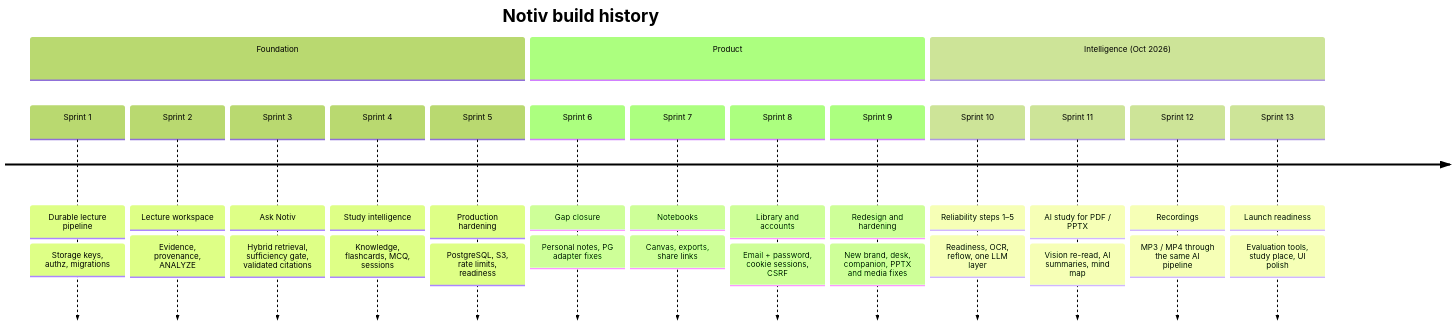
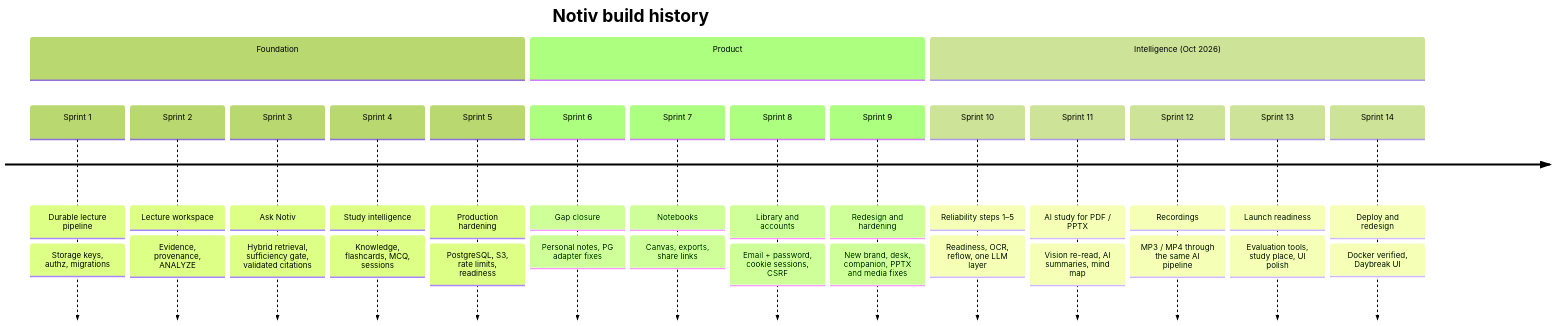
The diagram in docs/SPRINTS.md (shreyajoshi144/notiv), drawn with Mermaid (forest theme) before and after one commit. The commit also changed other lines of this file and 121 other files, not shown here.

````diff
--- a/docs/SPRINTS.md
+++ b/docs/SPRINTS.md
@@ -7,20 +7,21 @@
 ```mermaid
 timeline
     title Notiv build history
     section Foundation
         Sprint 1 : Durable lecture pipeline : Storage keys, authz, migrations
         Sprint 2 : Lecture workspace : Evidence, provenance, ANALYZE
         Sprint 3 : Ask Notiv : Hybrid retrieval, sufficiency gate, validated citations
         Sprint 4 : Study intelligence : Knowledge, flashcards, MCQ, sessions
         Sprint 5 : Production hardening : PostgreSQL, S3, rate limits, readiness
     section Product
         Sprint 6 : Gap closure : Personal notes, PG adapter fixes
         Sprint 7 : Notebooks : Canvas, exports, share links
         Sprint 8 : Library and accounts : Email + password, cookie sessions, CSRF
         Sprint 9 : Redesign and hardening : New brand, desk, companion, PPTX and media fixes
     section Intelligence (Oct 2026)
         Sprint 10 : Reliability steps 1–5 : Readiness, OCR, reflow, one LLM layer
         Sprint 11 : AI study for PDF / PPTX : Vision re-read, AI summaries, mind map
         Sprint 12 : Recordings : MP3 / MP4 through the same AI pipeline
         Sprint 13 : Launch readiness : Evaluation tools, study place, UI polish
+        Sprint 14 : Deploy and redesign : Docker verified, Daybreak UI
 ```
````
